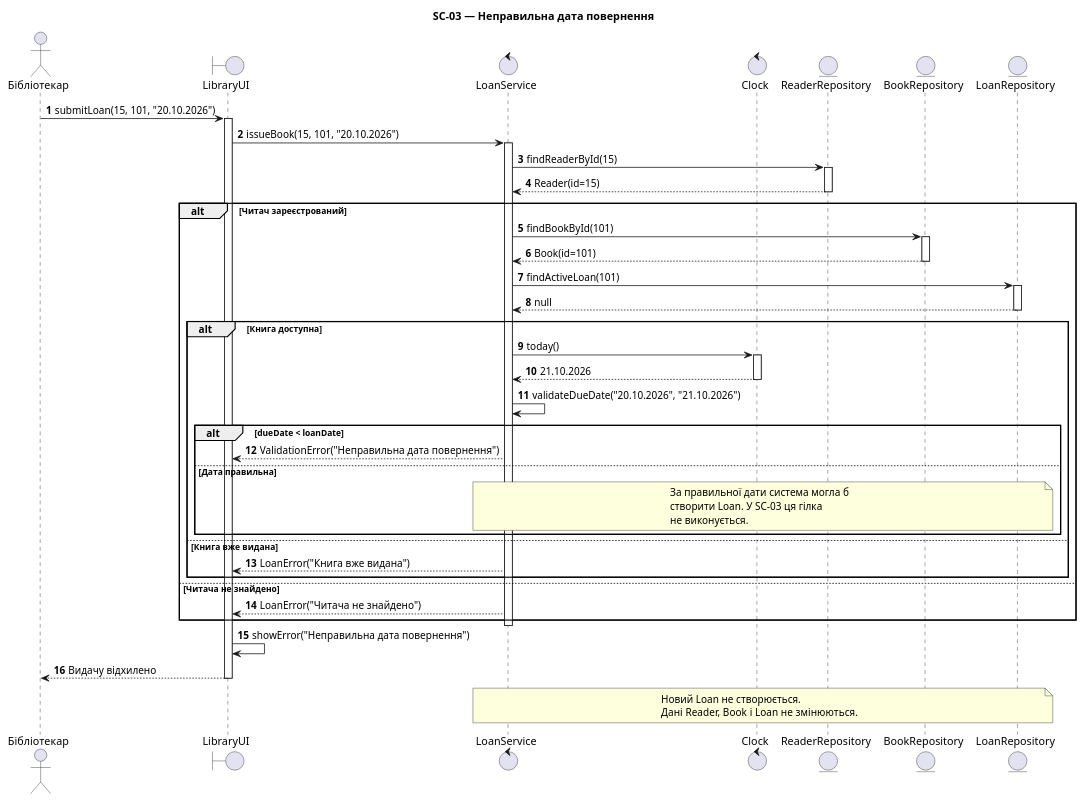
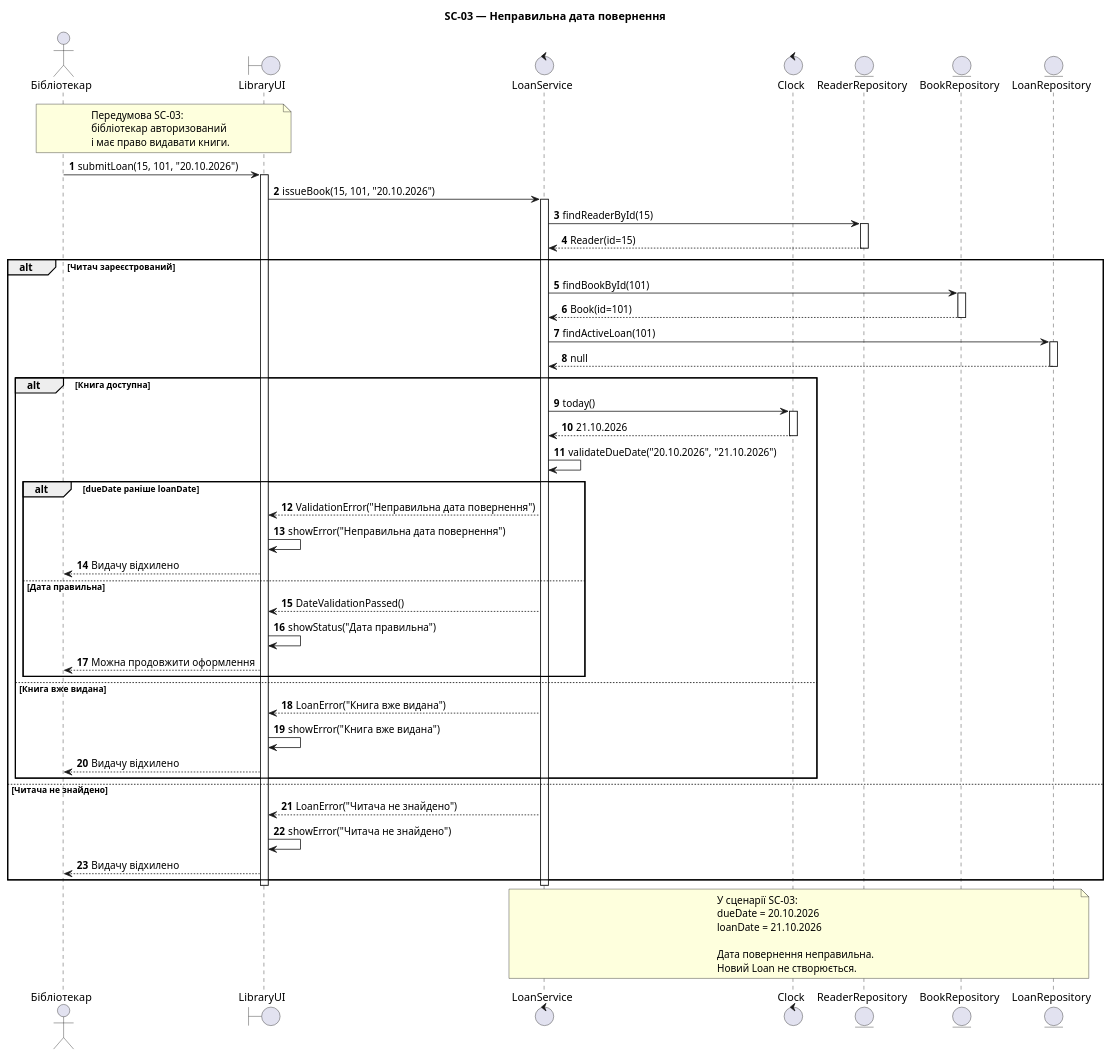
Before and after one commit to xdddd1234/lab3: the diagram in diagrams/sc-03-invalid-date.puml, drawn with PlantUML.

Commit message:
fix: clarify SC-03 date validation branches

```diff
--- a/diagrams/sc-03-invalid-date.puml
+++ b/diagrams/sc-03-invalid-date.puml
@@ -2,74 +2,85 @@
 @startuml
 title SC-03 — Неправильна дата повернення
 
 autonumber
 
 actor "Бібліотекар" as Librarian
 boundary "LibraryUI" as UI
 control "LoanService" as Service
 control "Clock" as Clock
 entity "ReaderRepository" as Readers
 entity "BookRepository" as Books
 entity "LoanRepository" as Loans
+
+note over Librarian, UI
+  Передумова SC-03:
+  бібліотекар авторизований
+  і має право видавати книги.
+end note
 
 Librarian -> UI: submitLoan(15, 101, "20.10.2026")
 activate UI
 
 UI -> Service: issueBook(15, 101, "20.10.2026")
 activate Service
 
 Service -> Readers: findReaderById(15)
 activate Readers
 Readers --> Service: Reader(id=15)
 deactivate Readers
 
 alt Читач зареєстрований
     Service -> Books: findBookById(101)
     activate Books
     Books --> Service: Book(id=101)
     deactivate Books
 
     Service -> Loans: findActiveLoan(101)
     activate Loans
     Loans --> Service: null
     deactivate Loans
 
     alt Книга доступна
         Service -> Clock: today()
         activate Clock
         Clock --> Service: 21.10.2026
         deactivate Clock
 
         Service -> Service: validateDueDate("20.10.2026", "21.10.2026")
 
-        alt dueDate < loanDate
+        alt dueDate раніше loanDate
             Service --> UI: ValidationError("Неправильна дата повернення")
+            UI -> UI: showError("Неправильна дата повернення")
+            UI --> Librarian: Видачу відхилено
+
         else Дата правильна
-            note over Service, Loans
-              За правильної дати система могла б
-              створити Loan. У SC-03 ця гілка
-              не виконується.
-            end note
+            Service --> UI: DateValidationPassed()
+            UI -> UI: showStatus("Дата правильна")
+            UI --> Librarian: Можна продовжити оформлення
         end
 
     else Книга вже видана
         Service --> UI: LoanError("Книга вже видана")
+        UI -> UI: showError("Книга вже видана")
+        UI --> Librarian: Видачу відхилено
     end
 
 else Читача не знайдено
     Service --> UI: LoanError("Читача не знайдено")
+    UI -> UI: showError("Читача не знайдено")
+    UI --> Librarian: Видачу відхилено
 end
 
 deactivate Service
-
-UI -> UI: showError("Неправильна дата повернення")
-UI --> Librarian: Видачу відхилено
-
 deactivate UI
 
 note over Service, Loans
+  У сценарії SC-03:
+  dueDate = 20.10.2026
+  loanDate = 21.10.2026
+
+  Дата повернення неправильна.
   Новий Loan не створюється.
-  Дані Reader, Book і Loan не змінюються.
 end note
 
 @enduml
```
